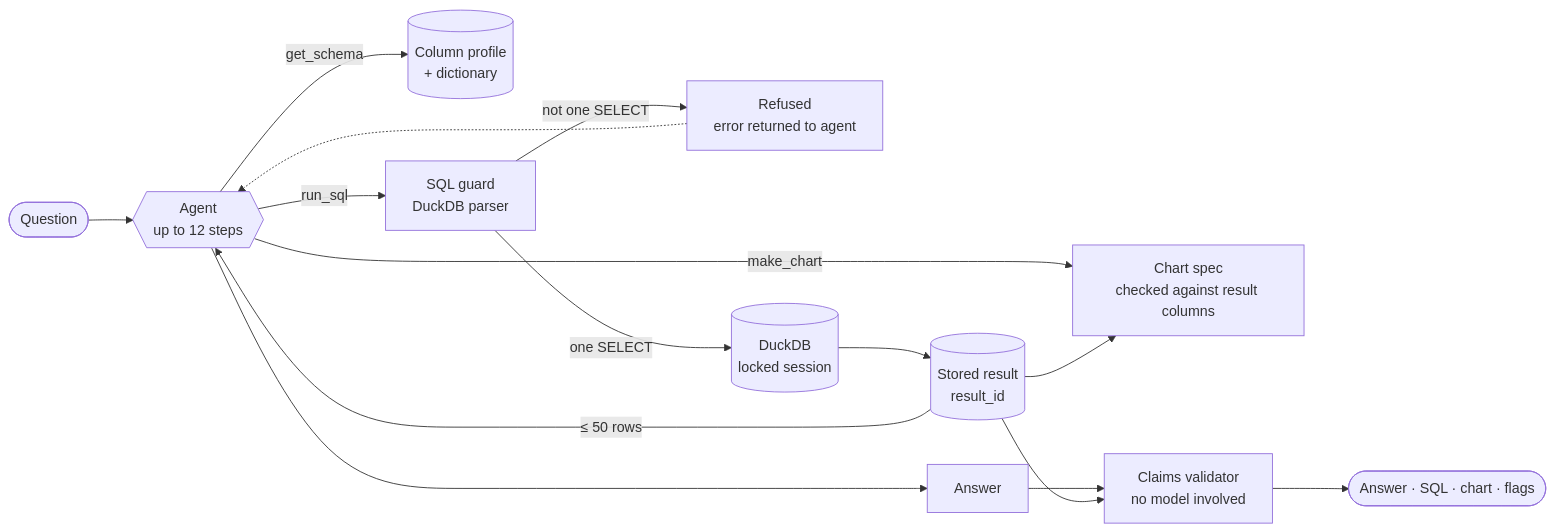
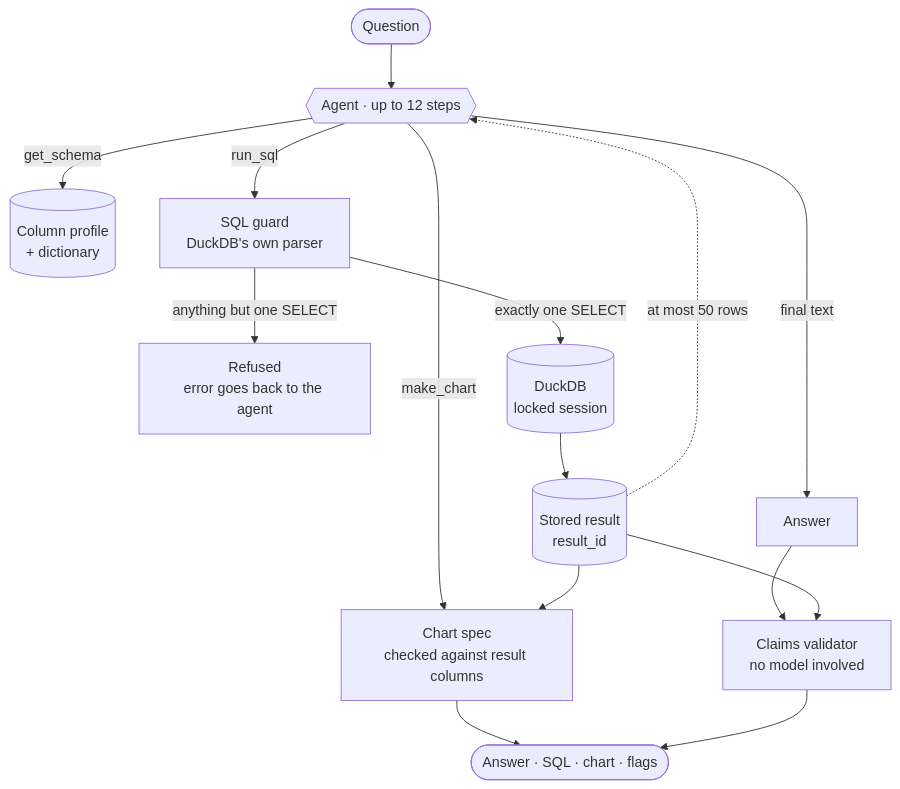
The diagram in README.md (AVGe0rgiev23/ai-data-analyst), drawn with Mermaid before and after one commit.

Commit message:
docs: lay the README architecture diagram out top-down
The left-to-right flowchart shrank to unreadable text in GitHub's content
column and the last node sat under the zoom controls.

Claude-Session: https://claude.ai/code/session_01AgqrZfiT6zpnLN16n8gYPj

````diff
--- a/README.md
+++ b/README.md
@@ -96,17 +96,17 @@
 ```mermaid
-flowchart LR
-  Q(["Question"]) --> A{{"Agent<br/>up to 12 steps"}}
-  A -- get_schema --> P[("Column profile<br/>+ dictionary")]
-  A -- run_sql --> G["SQL guard<br/>DuckDB parser"]
-  G -- "not one SELECT" --> E["Refused<br/>error returned to agent"]
-  E -.-> A
-  G -- "one SELECT" --> D[("DuckDB<br/>locked session")]
+flowchart TD
+  Q(["Question"]) --> A{{"Agent · up to 12 steps"}}
+  A -->|get_schema| P[("Column profile<br/>+ dictionary")]
+  A -->|run_sql| G["SQL guard<br/>DuckDB's own parser"]
+  G -->|"anything but one SELECT"| E["Refused<br/>error goes back to the agent"]
+  G -->|"exactly one SELECT"| D[("DuckDB<br/>locked session")]
   D --> R[("Stored result<br/>result_id")]
-  R -- "≤ 50 rows" --> A
-  A -- make_chart --> C["Chart spec<br/>checked against result columns"]
+  R -.->|"at most 50 rows"| A
+  A -->|make_chart| C["Chart spec<br/>checked against result columns"]
+  A -->|final text| N["Answer"]
   R --> C
-  A --> N["Answer"]
   N --> V["Claims validator<br/>no model involved"]
   R --> V
-  V --> U(["Answer · SQL · chart · flags"])
+  C --> U(["Answer · SQL · chart · flags"])
+  V --> U
 ```
````
